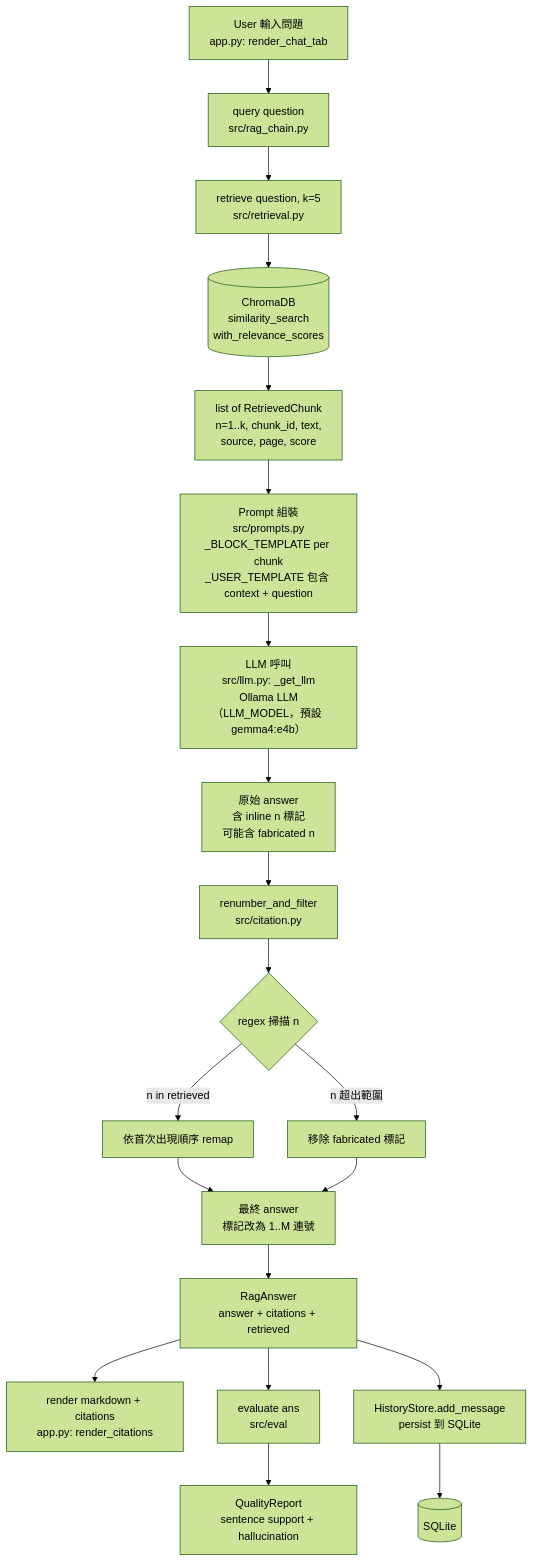
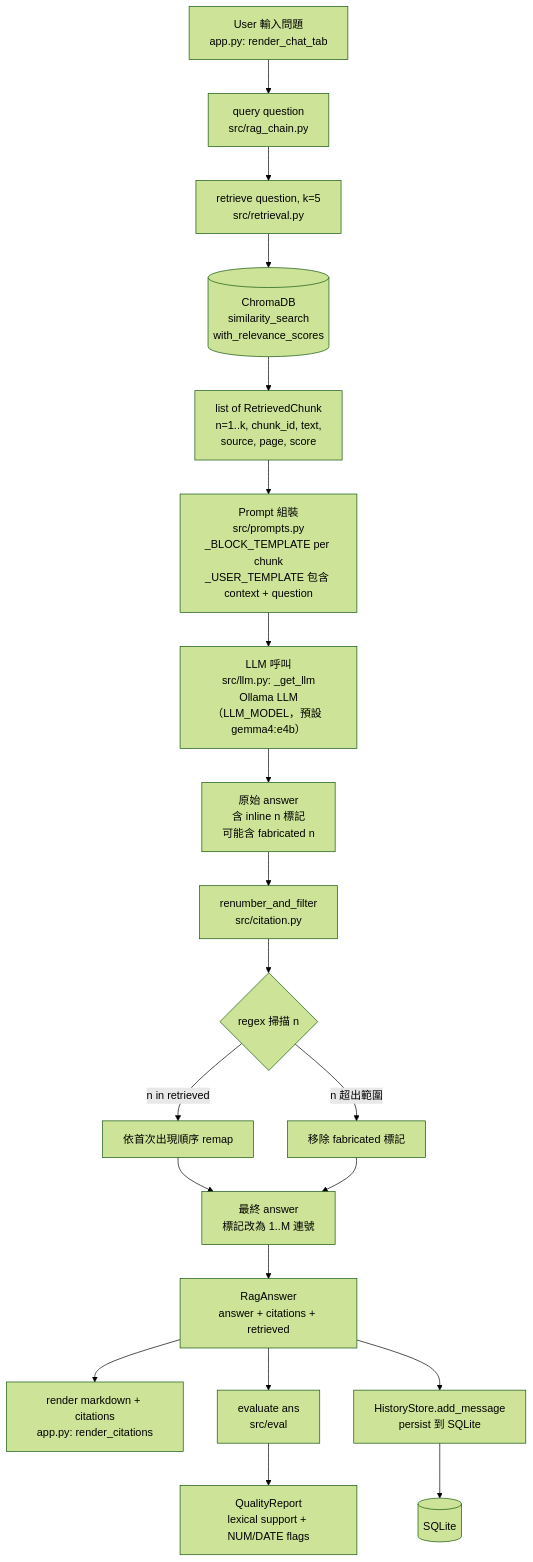
Before and after one commit to xian-ai-1057/tag_rag: the third of 4 diagrams in README.md, drawn with Mermaid (forest theme). The commit also changed other lines of this file, not shown here.

````diff
--- a/README.md
+++ b/README.md
@@ -186,27 +160,27 @@
 ```mermaid
 flowchart TD
     Q[User 輸入問題<br/>app.py: render_chat_tab] --> R[query question<br/>src/rag_chain.py]
 
     R --> S[retrieve question, k=5<br/>src/retrieval.py]
     S --> S1[(ChromaDB<br/>similarity_search<br/>with_relevance_scores)]
     S1 --> S2[list of RetrievedChunk<br/>n=1..k, chunk_id, text,<br/>source, page, score]
 
     S2 --> T[Prompt 組裝<br/>src/prompts.py<br/>_BLOCK_TEMPLATE per chunk<br/>_USER_TEMPLATE 包含 context + question]
     T --> U[LLM 呼叫<br/>src/llm.py: _get_llm<br/>Ollama LLM（LLM_MODEL，預設 gemma4:e4b）]
     U --> V[原始 answer<br/>含 inline n 標記<br/>可能含 fabricated n]
 
     V --> W[renumber_and_filter<br/>src/citation.py]
     W --> W1{regex 掃描 n}
     W1 -->|n in retrieved| W2[依首次出現順序 remap]
     W1 -->|n 超出範圍| W3[移除 fabricated 標記]
     W2 & W3 --> X[最終 answer<br/>標記改為 1..M 連號]
 
     X --> Y[RagAnswer<br/>answer + citations + retrieved]
 
     Y --> Z1[render markdown + citations<br/>app.py: render_citations]
     Y --> Z2[evaluate ans<br/>src/eval]
     Y --> Z3[HistoryStore.add_message<br/>persist 到 SQLite]
 
-    Z2 --> Z2a[QualityReport<br/>sentence support + hallucination]
+    Z2 --> Z2a[QualityReport<br/>lexical support + NUM/DATE flags]
     Z3 --> Z3a[(SQLite)]
 ```
````
